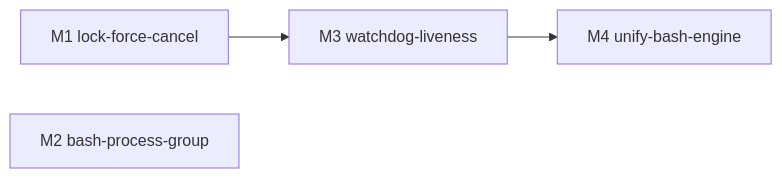
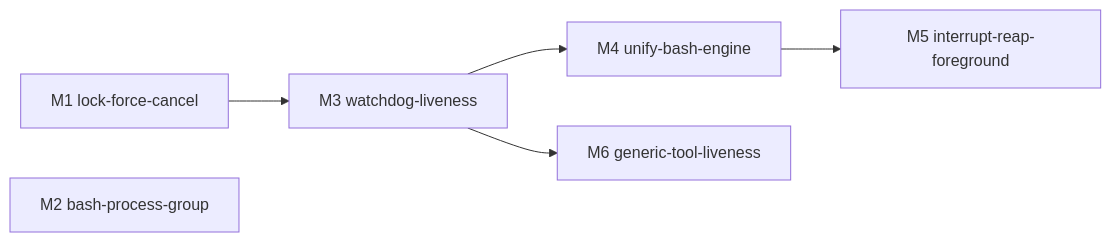
Before and after one commit to Mrchen116/nano-multiagent: the fourth of 4 diagrams in docs/changes/bugfix-417-timeout-tool-wedges-session/design.md, drawn with Mermaid. The commit also changed other lines of this file and 2 other files, not shown here.

First line of the commit message:
docs(bugfix-417): 两个已知项纳入本 unit — 加 M5(#114 中断收尾)/M6(#115 通用 liveness)

````diff
--- a/docs/changes/bugfix-417-timeout-tool-wedges-session/design.md
+++ b/docs/changes/bugfix-417-timeout-tool-wedges-session/design.md
@@ -325,6 +365,8 @@
 ```mermaid
 graph LR
   M1[M1 lock-force-cancel] --> M3[M3 watchdog-liveness]
   M2[M2 bash-process-group]
   M3 --> M4[M4 unify-bash-engine]
+  M4 --> M5[M5 interrupt-reap-foreground]
+  M3 --> M6[M6 generic-tool-liveness]
 ```
````
